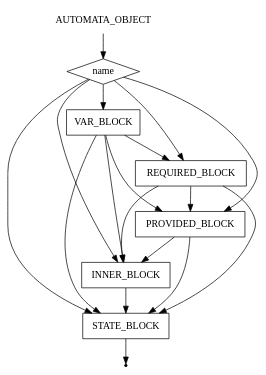
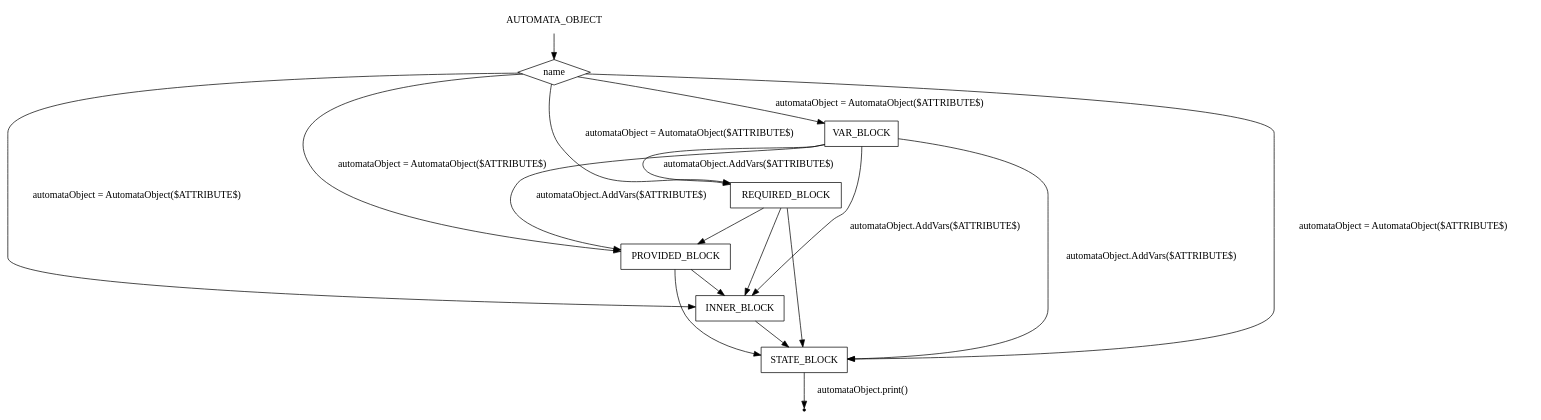
The diagram in _examples/ciao/automata_object.gv (aVorotnikov/dsl_generator), drawn with Graphviz before and after one commit. The commit also changed 4 other files, not shown here.

Commit message:
Add code to Virt diagrams

```diff
--- a/_examples/ciao/automata_object.gv
+++ b/_examples/ciao/automata_object.gv
@@ -1,27 +1,27 @@
 digraph AUTOMATA_OBJECT {
     start [label=AUTOMATA_OBJECT shape=plaintext]
     A [label=name shape=diamond]
     B [label=VAR_BLOCK shape=box]
     C [label=REQUIRED_BLOCK shape=box]
     D [label=PROVIDED_BLOCK shape=box]
     E [label=INNER_BLOCK shape=box]
     F [label=STATE_BLOCK shape=box]
     end [label="" shape=point]
     start -> A
-    A -> B
-    A -> C
-    A -> D
-    A -> E
-    A -> F
-    B -> C
-    B -> D
-    B -> E
-    B -> F
+    A -> B [label="automataObject = AutomataObject($ATTRIBUTE$)"]
+    A -> C [label="automataObject = AutomataObject($ATTRIBUTE$)"]
+    A -> D [label="automataObject = AutomataObject($ATTRIBUTE$)"]
+    A -> E [label="automataObject = AutomataObject($ATTRIBUTE$)"]
+    A -> F [label="automataObject = AutomataObject($ATTRIBUTE$)"]
+    B -> C [label="automataObject.AddVars($ATTRIBUTE$)"]
+    B -> D [label="automataObject.AddVars($ATTRIBUTE$)"]
+    B -> E [label="automataObject.AddVars($ATTRIBUTE$)"]
+    B -> F [label="automataObject.AddVars($ATTRIBUTE$)"]
     C -> D
     C -> E
     C -> F
     D -> E
     D -> F
     E -> F
-    F -> end
+    F -> end [label="automataObject.print()"]
 }
```
